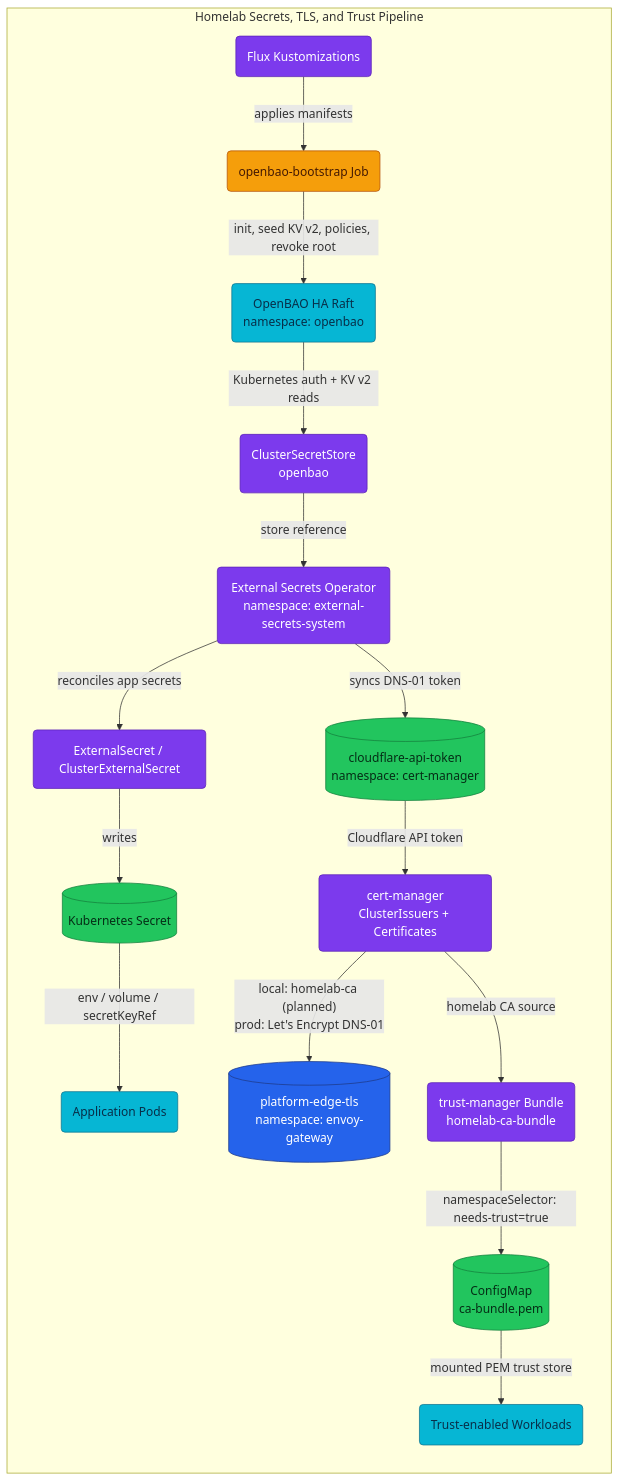
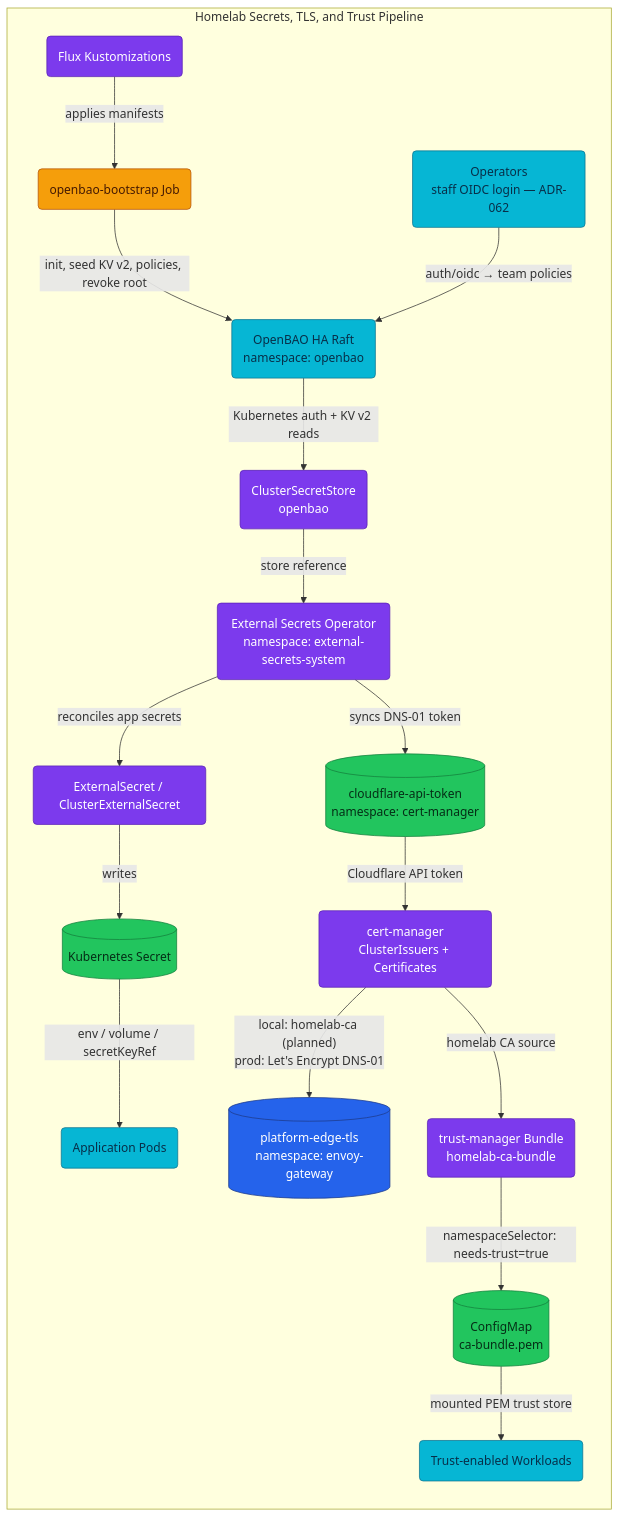
Before and after one commit to duynhlab/homelab: the first of 3 diagrams in docs/secrets/README.md, drawn with Mermaid. The commit also changed other lines of this file and 9 other files, not shown here.

First line of the commit message:
Route OpenBAO runbooks through the OIDC door

````diff
--- a/docs/secrets/README.md
+++ b/docs/secrets/README.md
@@ -51,42 +51,45 @@
 ```mermaid
 graph TD
 subgraph homelab["Homelab Secrets, TLS, and Trust Pipeline"]
     direction TB
     flux(Flux Kustomizations):::platform
     bootstrap(openbao-bootstrap Job):::worker
     bao(OpenBAO HA Raft<br/>namespace: openbao):::service
     css(ClusterSecretStore<br/>openbao):::platform
     eso(External Secrets Operator<br/>namespace: external-secrets-system):::platform
     es(ExternalSecret / ClusterExternalSecret):::platform
     k8ssecret[(Kubernetes Secret)]:::data
     apps(Application Pods):::service
     cfsecret[(cloudflare-api-token<br/>namespace: cert-manager)]:::data
     cm(cert-manager<br/>ClusterIssuers + Certificates):::platform
     edgecert[(platform-edge-tls<br/>namespace: envoy-gateway)]:::edge
     tm(trust-manager Bundle<br/>homelab-ca-bundle):::platform
     cabundle[(ConfigMap<br/>ca-bundle.pem)]:::data
     trusted(Trust-enabled Workloads):::service
 
+    staff(Operators<br/>staff OIDC login — ADR-062):::service
+
     flux -->|"applies manifests"| bootstrap
     bootstrap -->|"init, seed KV v2, policies, revoke root"| bao
+    staff -->|"auth/oidc → team policies"| bao
     bao -->|"Kubernetes auth + KV v2 reads"| css
     css -->|"store reference"| eso
     eso -->|"reconciles app secrets"| es
     es -->|"writes"| k8ssecret
     k8ssecret -->|"env / volume / secretKeyRef"| apps
     eso -->|"syncs DNS-01 token"| cfsecret
     cfsecret -->|"Cloudflare API token"| cm
     cm -->|"local: homelab-ca (planned)<br/>prod: Let's Encrypt DNS-01"| edgecert
     cm -->|"homelab CA source"| tm
     tm -->|"namespaceSelector: needs-trust=true"| cabundle
     cabundle -->|"mounted PEM trust store"| trusted
 end
 
 classDef edge fill:#2563eb,color:#fff,stroke:#1e3a8a;
 classDef service fill:#06b6d4,color:#082f49,stroke:#0e7490;
 classDef worker fill:#f59e0b,color:#451a03,stroke:#b45309;
 classDef platform fill:#7c3aed,color:#fff,stroke:#5b21b6;
 classDef data fill:#22c55e,color:#052e16,stroke:#15803d;
 classDef external fill:#64748b,color:#fff,stroke:#334155;
 classDef planned fill:#fff,color:#475569,stroke:#64748b,stroke-dasharray:5 5;
 ```
````
